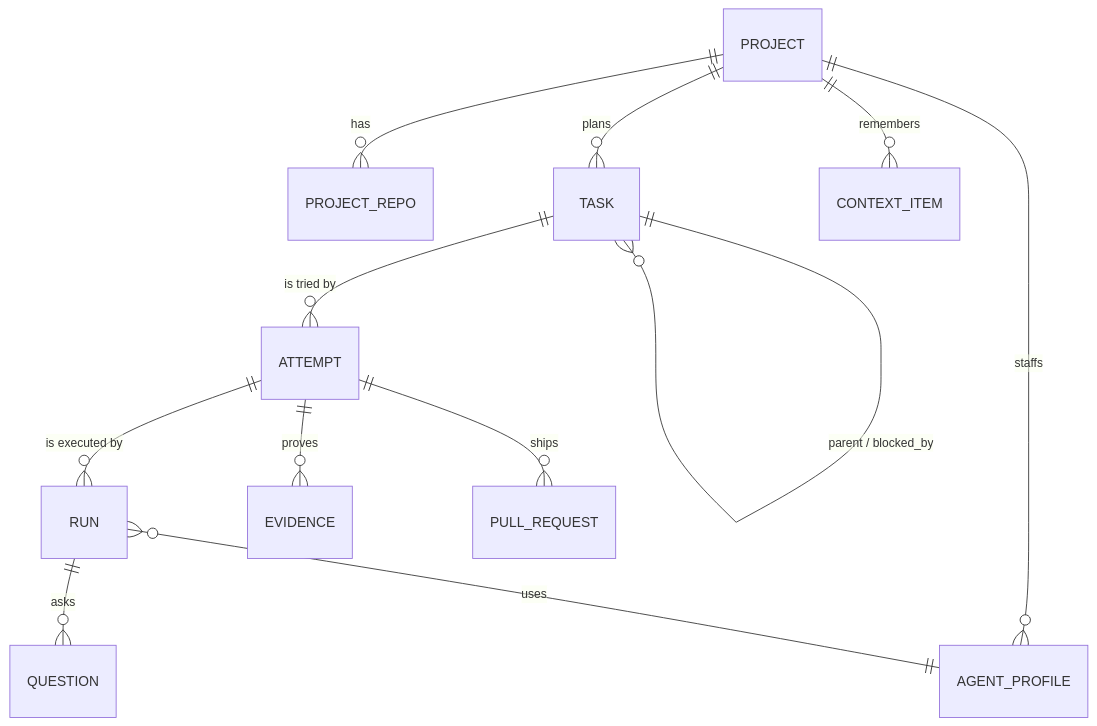
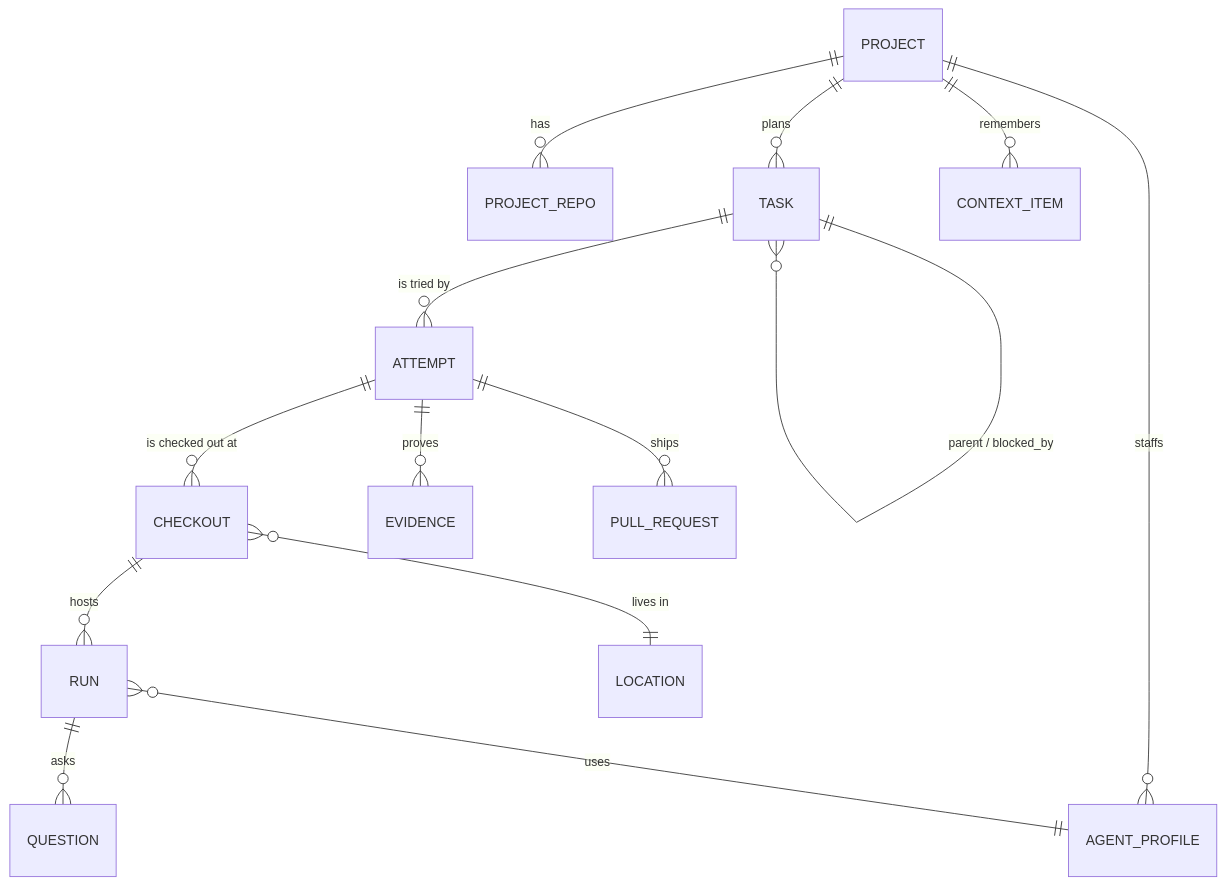
Before and after one commit to chesley-veko/dsh-projects: the diagram in docs/architecture/domain-model.md, drawn with Mermaid. The commit also changed other lines of this file and 20 other files, not shown here.

````diff
--- a/docs/architecture/domain-model.md
+++ b/docs/architecture/domain-model.md
@@ -7,14 +7,16 @@
 ```mermaid
 erDiagram
   PROJECT ||--o{ PROJECT_REPO : has
   PROJECT ||--o{ TASK : plans
   PROJECT ||--o{ AGENT_PROFILE : staffs
   PROJECT ||--o{ CONTEXT_ITEM : remembers
   TASK ||--o{ TASK : "parent / blocked_by"
   TASK ||--o{ ATTEMPT : "is tried by"
-  ATTEMPT ||--o{ RUN : "is executed by"
+  ATTEMPT ||--o{ CHECKOUT : "is checked out at"
+  CHECKOUT ||--o{ RUN : "hosts"
+  CHECKOUT }o--|| LOCATION : "lives in"
   ATTEMPT ||--o{ EVIDENCE : proves
   ATTEMPT ||--o{ PULL_REQUEST : ships
   RUN ||--o{ QUESTION : asks
   RUN }o--|| AGENT_PROFILE : uses
 ```
````
